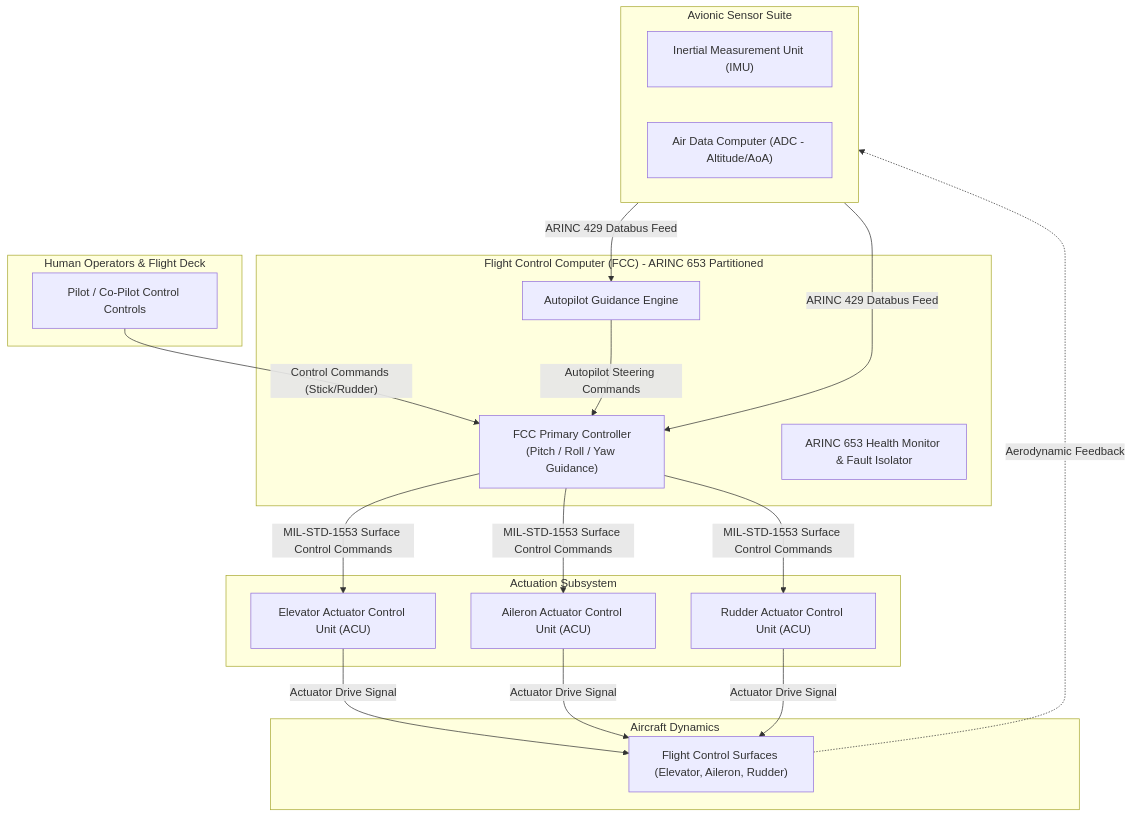
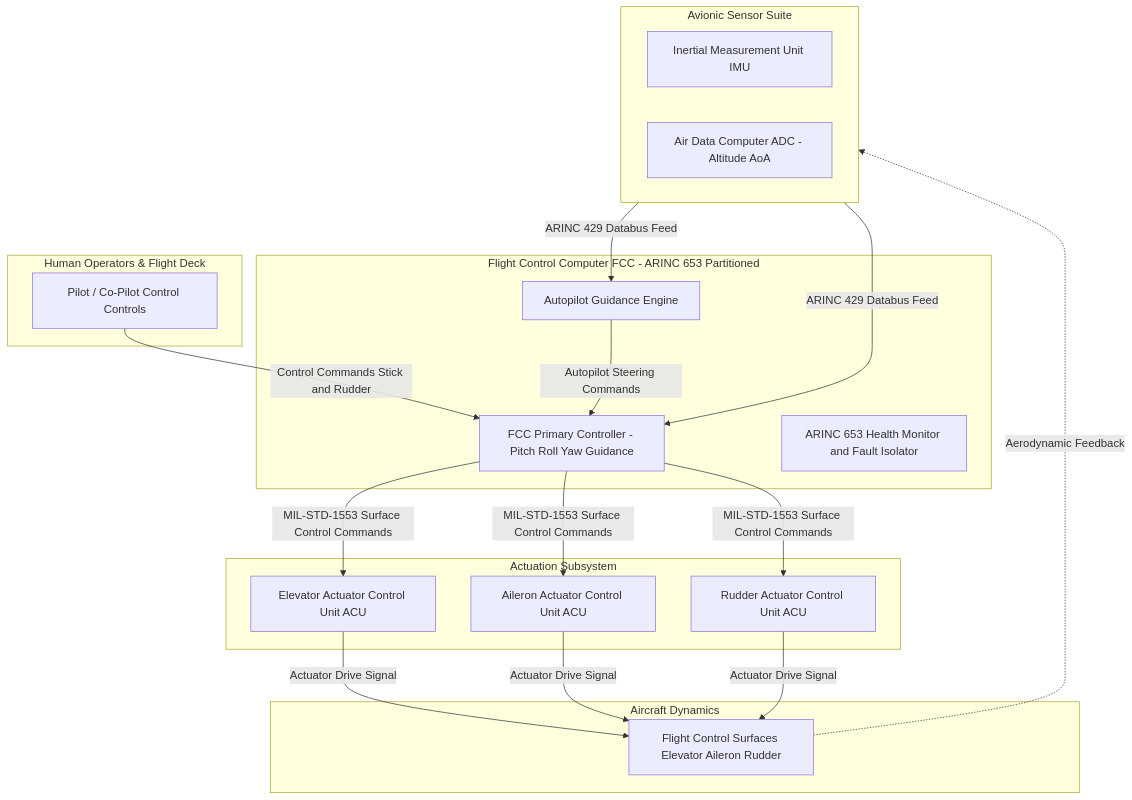
One commit to gintatkinson/DEAP-spec-core changed the third of 8 diagrams in docs/architecture/blueprints/DEAP_FLIGHT_SYSTEMS_SAFETY_CONCEPT_PAPER.md. Above: the diagram before and after it, drawn with Mermaid. The commit also changed other lines of this file and 5 other files, not shown here.

````diff
--- a/docs/architecture/blueprints/DEAP_FLIGHT_SYSTEMS_SAFETY_CONCEPT_PAPER.md
+++ b/docs/architecture/blueprints/DEAP_FLIGHT_SYSTEMS_SAFETY_CONCEPT_PAPER.md
@@ -101,39 +101,39 @@
 ```mermaid
 flowchart TD
     subgraph Human_Operators ["Human Operators & Flight Deck"]
         Pilot["Pilot / Co-Pilot Control Controls"]
     end
 
-    subgraph FCC_Boundary ["Flight Control Computer (FCC) - ARINC 653 Partitioned"]
-        FCC_Core["FCC Primary Controller\n(Pitch / Roll / Yaw Guidance)"]
+    subgraph FCC_Boundary ["Flight Control Computer FCC - ARINC 653 Partitioned"]
+        FCC_Core["FCC Primary Controller - Pitch Roll Yaw Guidance"]
         AP_Core["Autopilot Guidance Engine"]
-        FCC_Health["ARINC 653 Health Monitor & Fault Isolator"]
+        FCC_Health["ARINC 653 Health Monitor and Fault Isolator"]
     end
 
     subgraph Sensor_Suite ["Avionic Sensor Suite"]
-        IMU["Inertial Measurement Unit (IMU)"]
-        ADC["Air Data Computer (ADC - Altitude/AoA)"]
+        IMU["Inertial Measurement Unit IMU"]
+        ADC["Air Data Computer ADC - Altitude AoA"]
     end
 
     subgraph Actuation_Subsystem ["Actuation Subsystem"]
-        Elevator_ACU["Elevator Actuator Control Unit (ACU)"]
-        Aileron_ACU["Aileron Actuator Control Unit (ACU)"]
-        Rudder_ACU["Rudder Actuator Control Unit (ACU)"]
+        Elevator_ACU["Elevator Actuator Control Unit ACU"]
+        Aileron_ACU["Aileron Actuator Control Unit ACU"]
+        Rudder_ACU["Rudder Actuator Control Unit ACU"]
     end
 
     subgraph Physical_Plant ["Aircraft Dynamics"]
-        Surfaces["Flight Control Surfaces (Elevator, Aileron, Rudder)"]
+        Surfaces["Flight Control Surfaces Elevator Aileron Rudder"]
     end
 
-    Pilot -->|"Control Commands (Stick/Rudder)"| FCC_Core
+    Pilot -->|"Control Commands Stick and Rudder"| FCC_Core
     Sensor_Suite -->|"ARINC 429 Databus Feed"| FCC_Core
     Sensor_Suite -->|"ARINC 429 Databus Feed"| AP_Core
     AP_Core -->|"Autopilot Steering Commands"| FCC_Core
     FCC_Core -->|"MIL-STD-1553 Surface Control Commands"| Elevator_ACU
     FCC_Core -->|"MIL-STD-1553 Surface Control Commands"| Aileron_ACU
     FCC_Core -->|"MIL-STD-1553 Surface Control Commands"| Rudder_ACU
     Elevator_ACU -->|"Actuator Drive Signal"| Surfaces
     Aileron_ACU -->|"Actuator Drive Signal"| Surfaces
     Rudder_ACU -->|"Actuator Drive Signal"| Surfaces
     Surfaces -.->|"Aerodynamic Feedback"| Sensor_Suite
 ```
````
